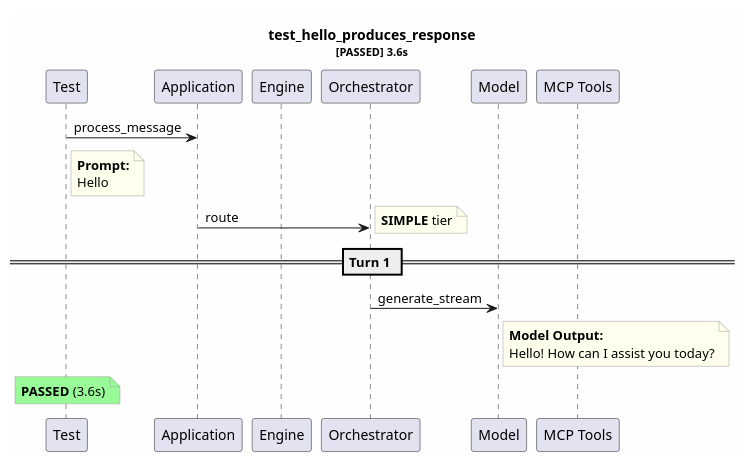
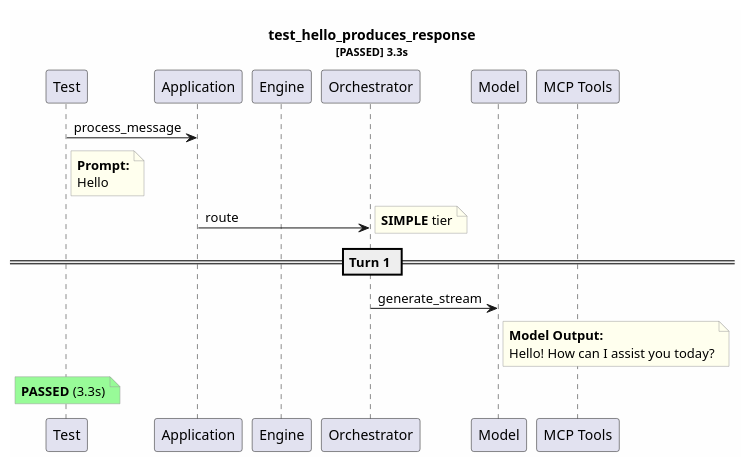
One commit to tvanfossen/entropic changed the diagram in test-reports/test_hello_produces_response.puml. Above: the diagram before and after it, drawn with PlantUML. The commit also changed 50 other files, not shown here.

```diff
--- a/test-reports/test_hello_produces_response.puml
+++ b/test-reports/test_hello_produces_response.puml
@@ -1,31 +1,31 @@
 @startuml
 skinparam backgroundColor #FEFEFE
 skinparam noteBorderColor #999999
 skinparam noteBackgroundColor #FFFFEE
-title test_hello_produces_response\n<size:11>[PASSED] 3.6s</size>
+title test_hello_produces_response\n<size:11>[PASSED] 3.3s</size>
 
 participant "Test" as T
 participant "Application" as App
 participant "Engine" as Eng
 participant "Orchestrator" as Orch
 participant "Model" as Mdl
 participant "MCP Tools" as MCP
 
 T -> App: process_message
 note right of T
   **Prompt:**
   Hello
 end note
 App -> Orch: route
 note right: **SIMPLE** tier
 == Turn 1 ==
 Orch -> Mdl: generate_stream
 note right of Mdl
   **Model Output:**
   Hello! How can I assist you today?
 end note
 note over T #palegreen
-  **PASSED** (3.6s)
+  **PASSED** (3.3s)
 end note
 
 @enduml
```
